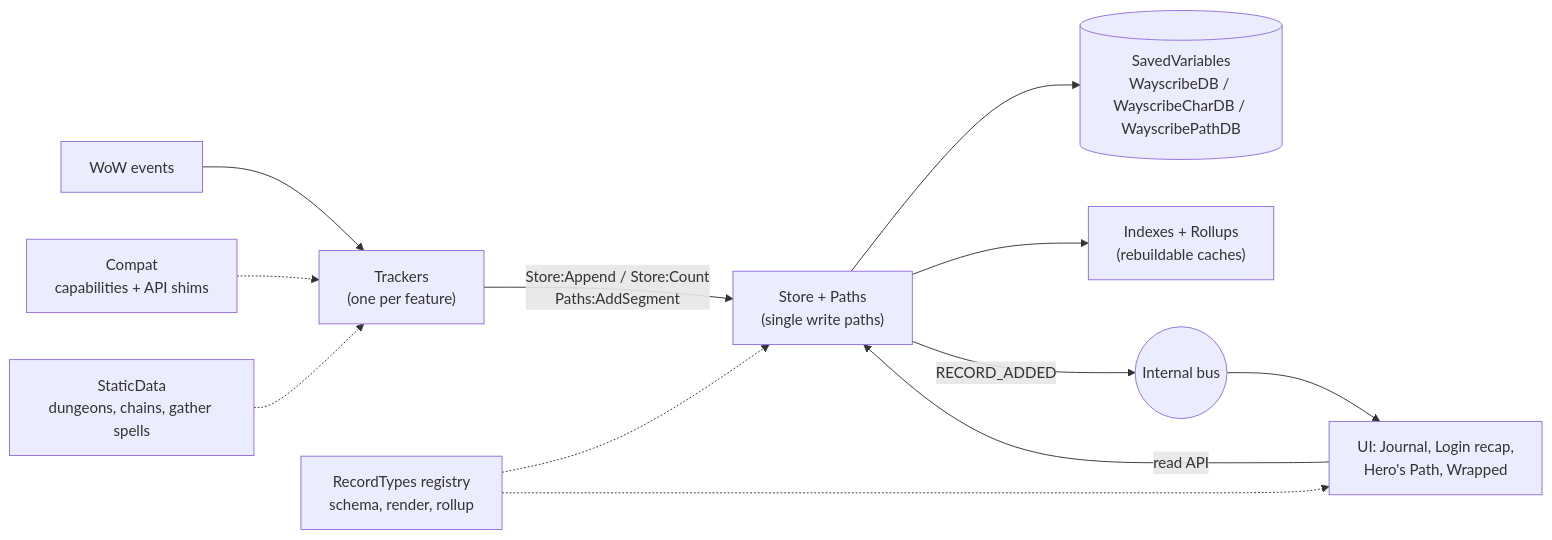
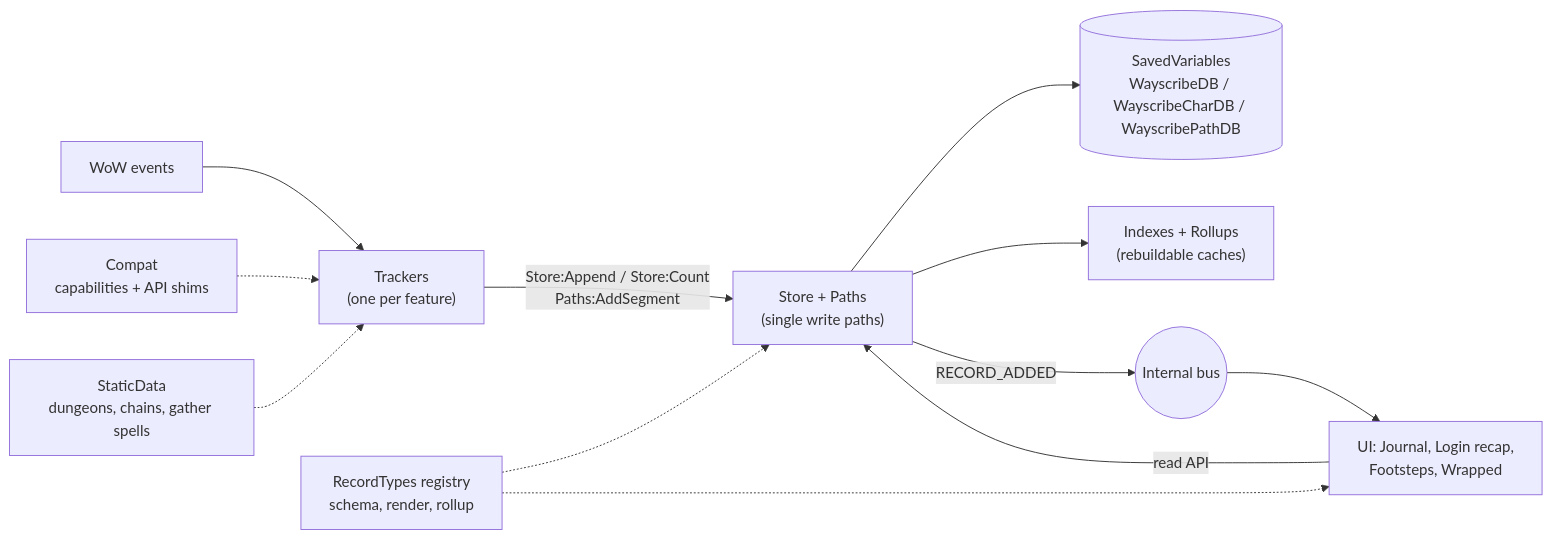
Before and after one commit to ollidiemaus/wayscribe: the diagram in docs/ARCHITECTURE.md, drawn with Mermaid. The commit also changed other lines of this file and 6 other files, not shown here.

````diff
--- a/docs/ARCHITECTURE.md
+++ b/docs/ARCHITECTURE.md
@@ -51,14 +51,14 @@
 ```mermaid
 flowchart LR
     WoW["WoW events"] --> T["Trackers<br/>(one per feature)"]
     C["Compat<br/>capabilities + API shims"] -.-> T
     SD["StaticData<br/>dungeons, chains, gather spells"] -.-> T
     T -->|"Store:Append / Store:Count<br/>Paths:AddSegment"| S["Store + Paths<br/>(single write paths)"]
     S --> DB[("SavedVariables<br/>WayscribeDB / WayscribeCharDB / WayscribePathDB")]
     S --> IX["Indexes + Rollups<br/>(rebuildable caches)"]
     S -->|"RECORD_ADDED"| BUS(("Internal bus"))
-    BUS --> UI["UI: Journal, Login recap,<br/>Hero's Path, Wrapped"]
+    BUS --> UI["UI: Journal, Login recap,<br/>Footsteps, Wrapped"]
     UI -->|"read API"| S
     RT["RecordTypes registry<br/>schema, render, rollup"] -.-> S
     RT -.-> UI
 ```
````
